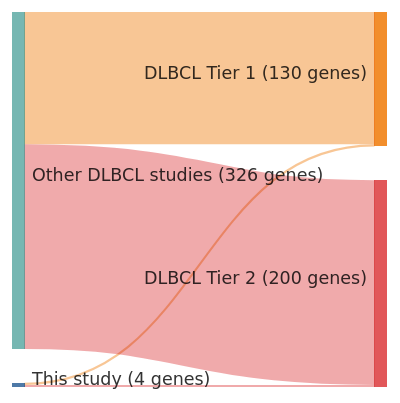
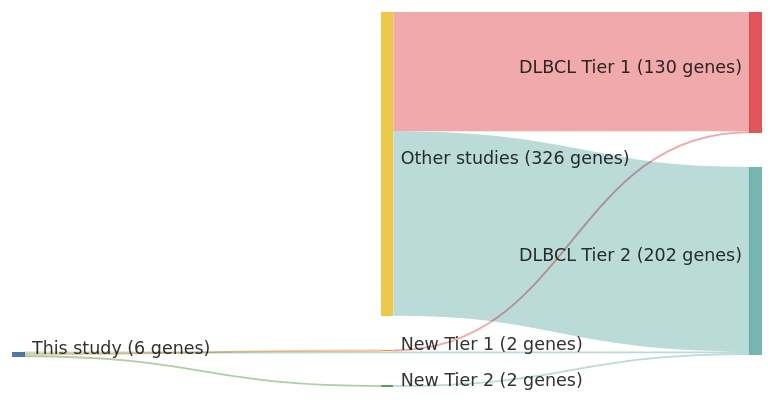
One commit to morinlab/lymphopedia changed the diagram in papers/pasqualucciHypermutationMultipleProtooncogenes2001a.md. Above: the diagram before and after it, drawn with Mermaid. The commit also changed 82 other files, not shown here.

````diff
--- a/papers/pasqualucciHypermutationMultipleProtooncogenes2001a.md
+++ b/papers/pasqualucciHypermutationMultipleProtooncogenes2001a.md
@@ -12,18 +12,21 @@
 ```mermaid
 ---
 config:
     sankey:
         showValues: true
         linkColor: target
-        width: 300
+        width: 600
         height: 300
         nodeAlignment: right
         prefix: '('
         suffix: ' genes)'
 ---
 sankey-beta
-This study, DLBCL Tier 1, 2
+This study, New Tier 1, 2
+New Tier 1, DLBCL Tier 1, 2
 This study, DLBCL Tier 2, 2
-Other DLBCL studies, DLBCL Tier 1, 128
-Other DLBCL studies, DLBCL Tier 2, 198
+This study, New Tier 2, 2
+New Tier 2, DLBCL Tier 2, 2
+Other studies, DLBCL Tier 1, 128
+Other studies, DLBCL Tier 2, 198
 ```
````
